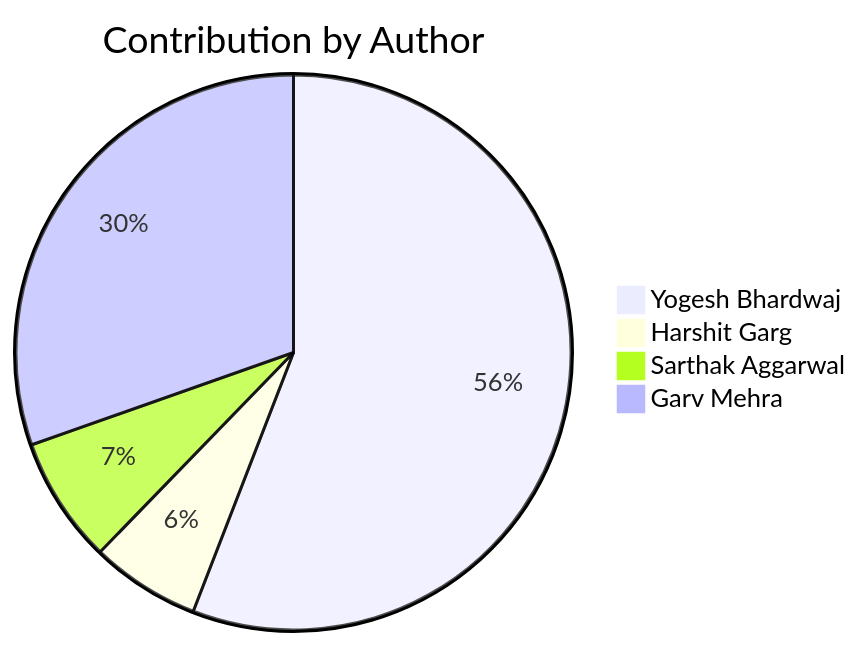
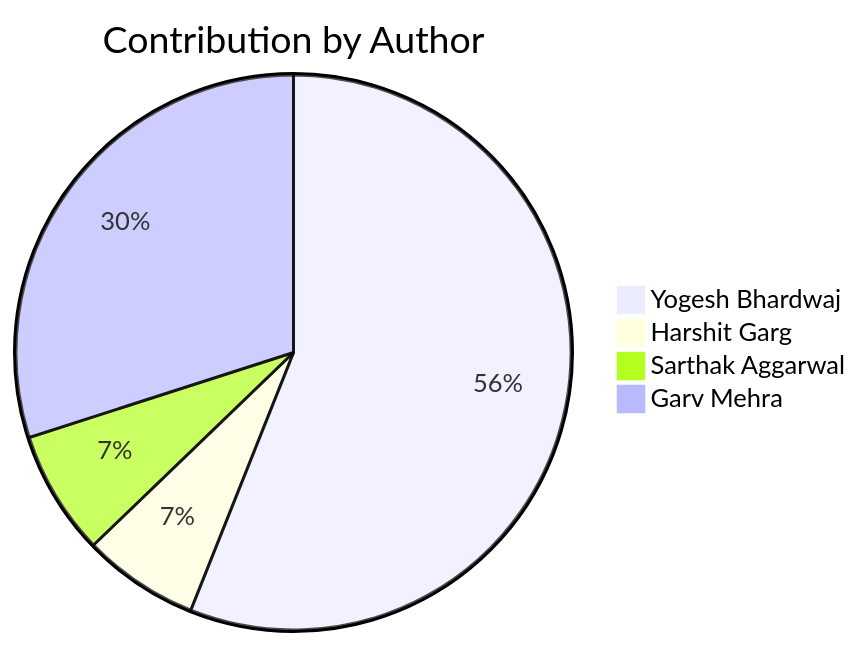
Before and after one commit to Yogesh-Bhardwaj-hue/Scm-Final_2.0: the second of 2 diagrams in README.md, drawn with Mermaid. The commit also changed other lines of this file, not shown here.

Commit message:
Update contribution charts

````diff
--- a/README.md
+++ b/README.md
@@ -192,7 +192,7 @@
 ```mermaid
 pie title Contribution by Author
-    "Yogesh Bhardwaj": 114
-    "Harshit Garg": 13
+    "Yogesh Bhardwaj": 116
+    "Harshit Garg": 14
     "Sarthak Aggarwal": 15
     "Garv Mehra": 62
 ```
````
